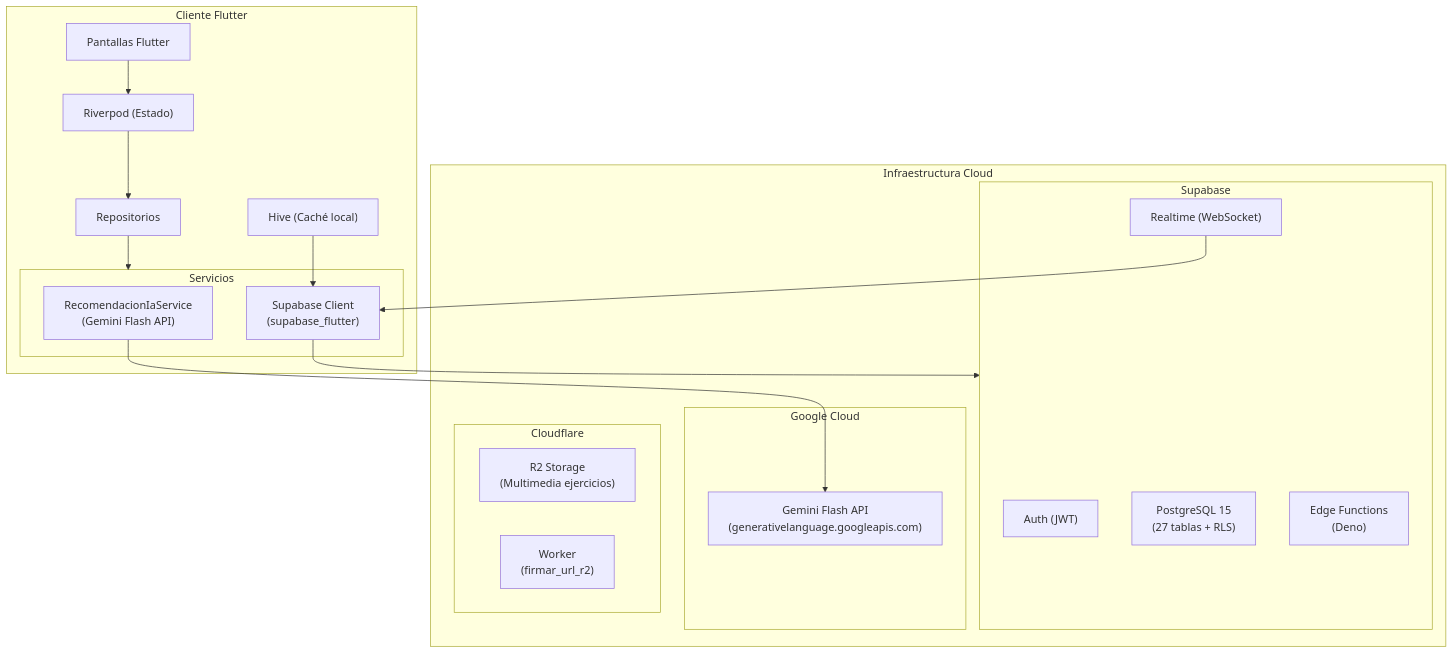
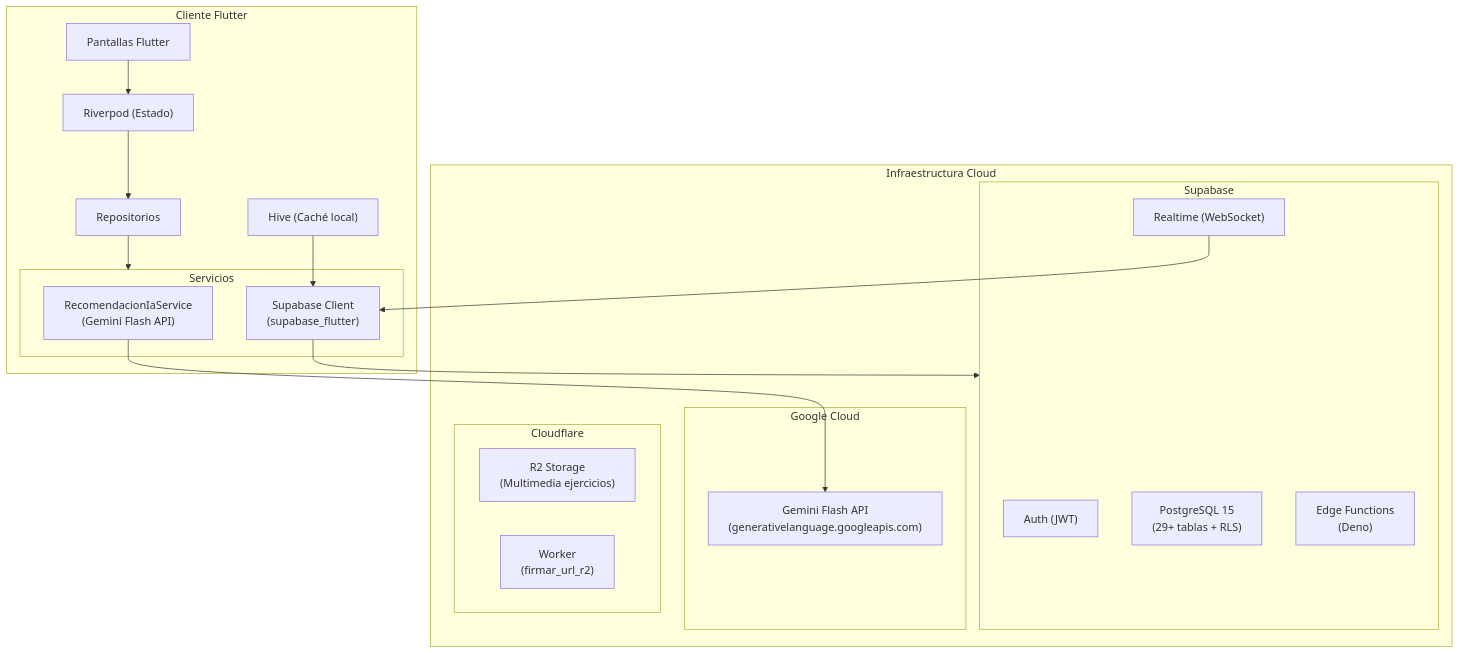
The first of 6 diagrams in docs/03-architecture.md (Jloen1999/synaptixfit), drawn with Mermaid before and after one commit. The commit also changed other lines of this file and 270 other files, not shown here.

````diff
--- a/docs/03-architecture.md
+++ b/docs/03-architecture.md
@@ -55,37 +55,37 @@
 ```mermaid
 flowchart TB
     subgraph Cliente["Cliente Flutter"]
         UI["Pantallas Flutter"]
         RV["Riverpod (Estado)"]
         RP["Repositorios"]
         subgraph Servicios["Servicios"]
             IA["RecomendacionIaService\n(Gemini Flash API)"]
             SB["Supabase Client\n(supabase_flutter)"]
         end
         Hive["Hive (Caché local)"]
     end
 
     subgraph Nube["Infraestructura Cloud"]
         subgraph Supabase["Supabase"]
             Auth["Auth (JWT)"]
-            PG["PostgreSQL 15\n(27 tablas + RLS)"]
+            PG["PostgreSQL 15\n(29+ tablas + RLS)"]
             RT["Realtime (WebSocket)"]
             EF["Edge Functions\n(Deno)"]
         end
         subgraph Google["Google Cloud"]
             Gemini["Gemini Flash API\n(generativelanguage.googleapis.com)"]
         end
         subgraph CF["Cloudflare"]
             R2["R2 Storage\n(Multimedia ejercicios)"]
             WK["Worker\n(firmar_url_r2)"]
         end
     end
 
     UI --> RV
     RV --> RP
     RP --> Servicios
     IA --> Gemini
     SB --> Supabase
     Hive --> SB
     RT --> SB
 ```
````
